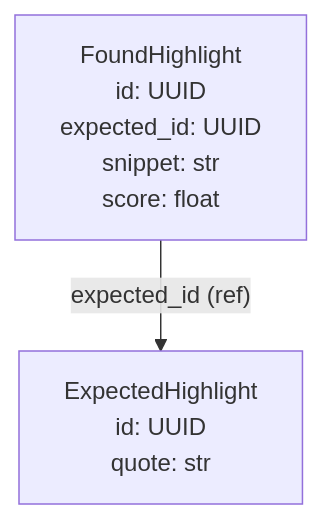
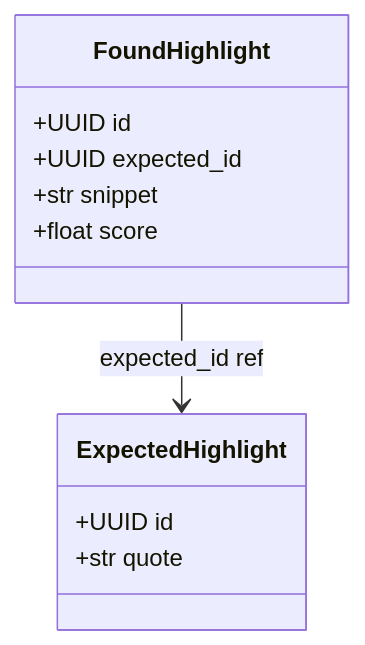
One commit to release-art/pydantic-prism changed the sixth of 6 diagrams in examples/dict_keyed_refs/README.md. Above: the diagram before and after it, drawn with Mermaid. The commit also changed other lines of this file and 7 other files, not shown here.

````diff
--- a/examples/dict_keyed_refs/README.md
+++ b/examples/dict_keyed_refs/README.md
@@ -94,7 +134,15 @@
 ```mermaid
-graph TD
-    ExpectedHighlight["ExpectedHighlight<br/>id: UUID<br/>quote: str"]
-    FoundHighlight["FoundHighlight<br/>id: UUID<br/>expected_id: UUID<br/>snippet: str<br/>score: float"]
-    FoundHighlight -->|"expected_id (ref)"| ExpectedHighlight
-    classDef partial stroke-dasharray: 5 5;
+classDiagram
+    direction TB
+    class ExpectedHighlight {
+        +UUID id
+        +str quote
+    }
+    class FoundHighlight {
+        +UUID id
+        +UUID expected_id
+        +str snippet
+        +float score
+    }
+    FoundHighlight --> ExpectedHighlight : expected_id ref
 ```
````
